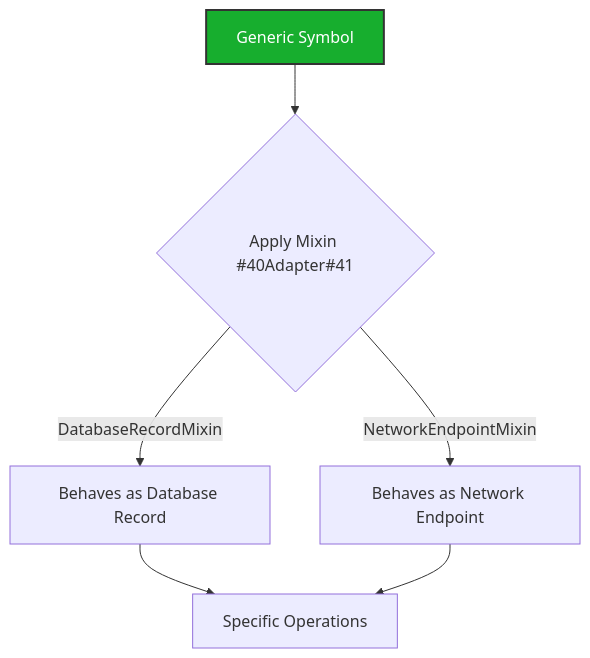
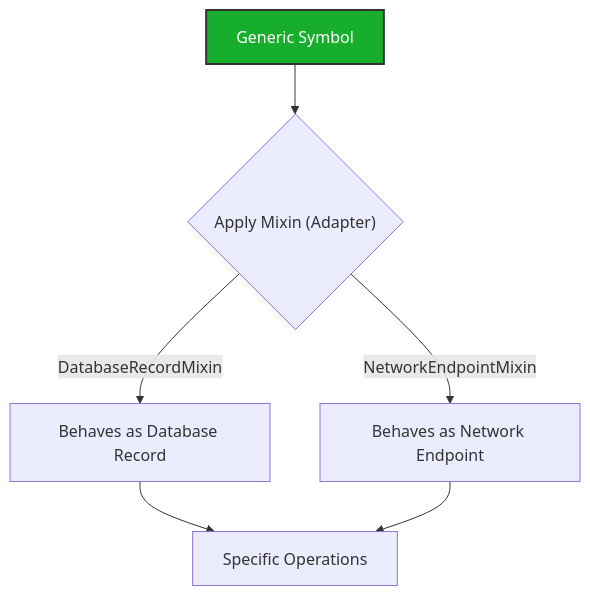
The third of 4 diagrams in docs/readme_details/11_extensibility/index.md (ikko/sym), drawn with Mermaid before and after one commit. The commit also changed other lines of this file and 17 other files, not shown here.

````diff
--- a/docs/readme_details/11_extensibility/index.md
+++ b/docs/readme_details/11_extensibility/index.md
@@ -149,12 +149,12 @@
 ```mermaid
 graph TD
-    A[Generic Symbol] --> B{Apply Mixin #40Adapter#41};
+    A[Generic Symbol] --> B{Apply Mixin #40;Adapter#41;};
     B -- "DatabaseRecordMixin" --> C[Behaves as Database Record];
     B -- "NetworkEndpointMixin" --> D[Behaves as Network Endpoint];
     C --> E[Specific Operations];
     D --> E;
 
     style A fill:#17ae2e,stroke:#333,stroke-width:2px,color:#FFFFFF;
 
     style A fill:#17ae2e,stroke:#333,stroke-width:2px,color:#FFFFFF;
 ```
````
